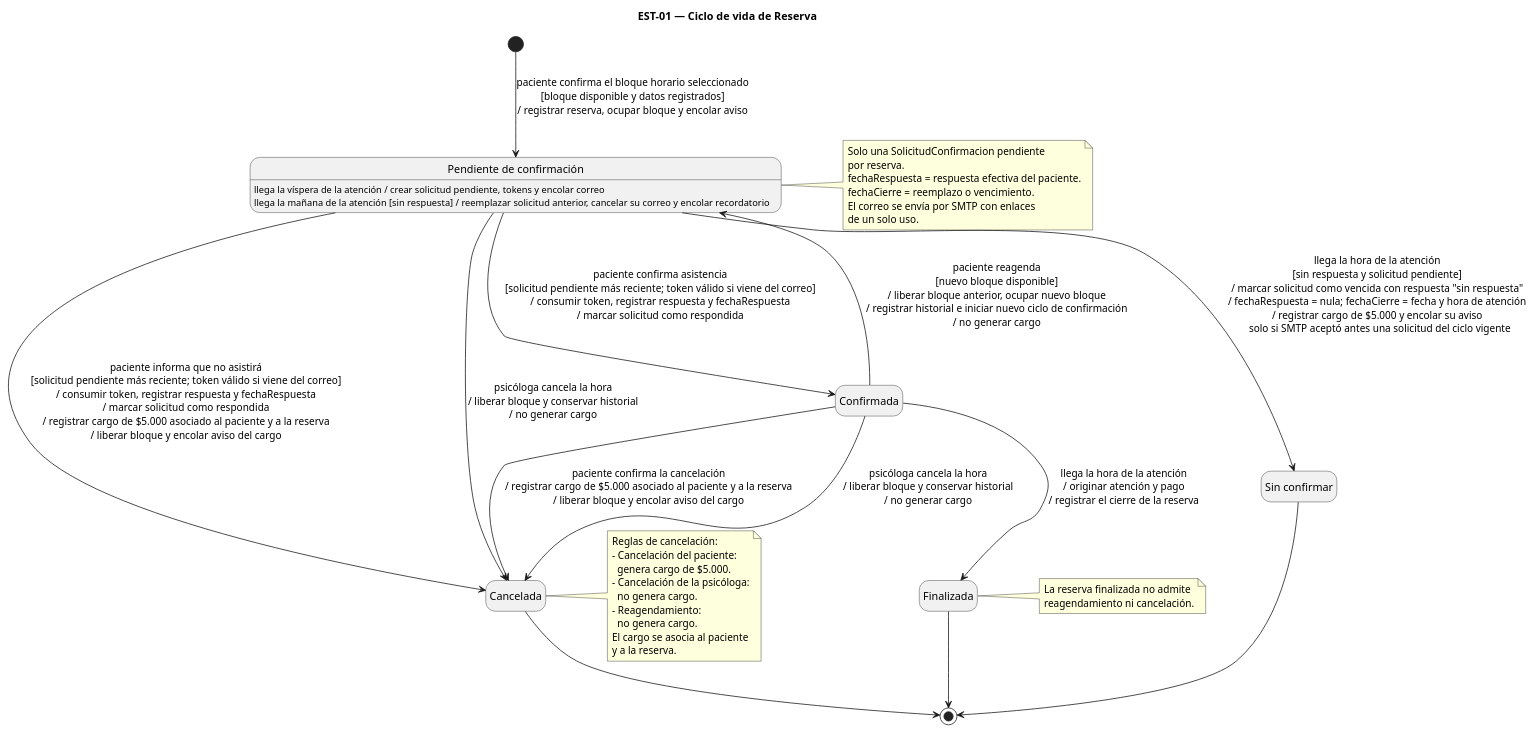
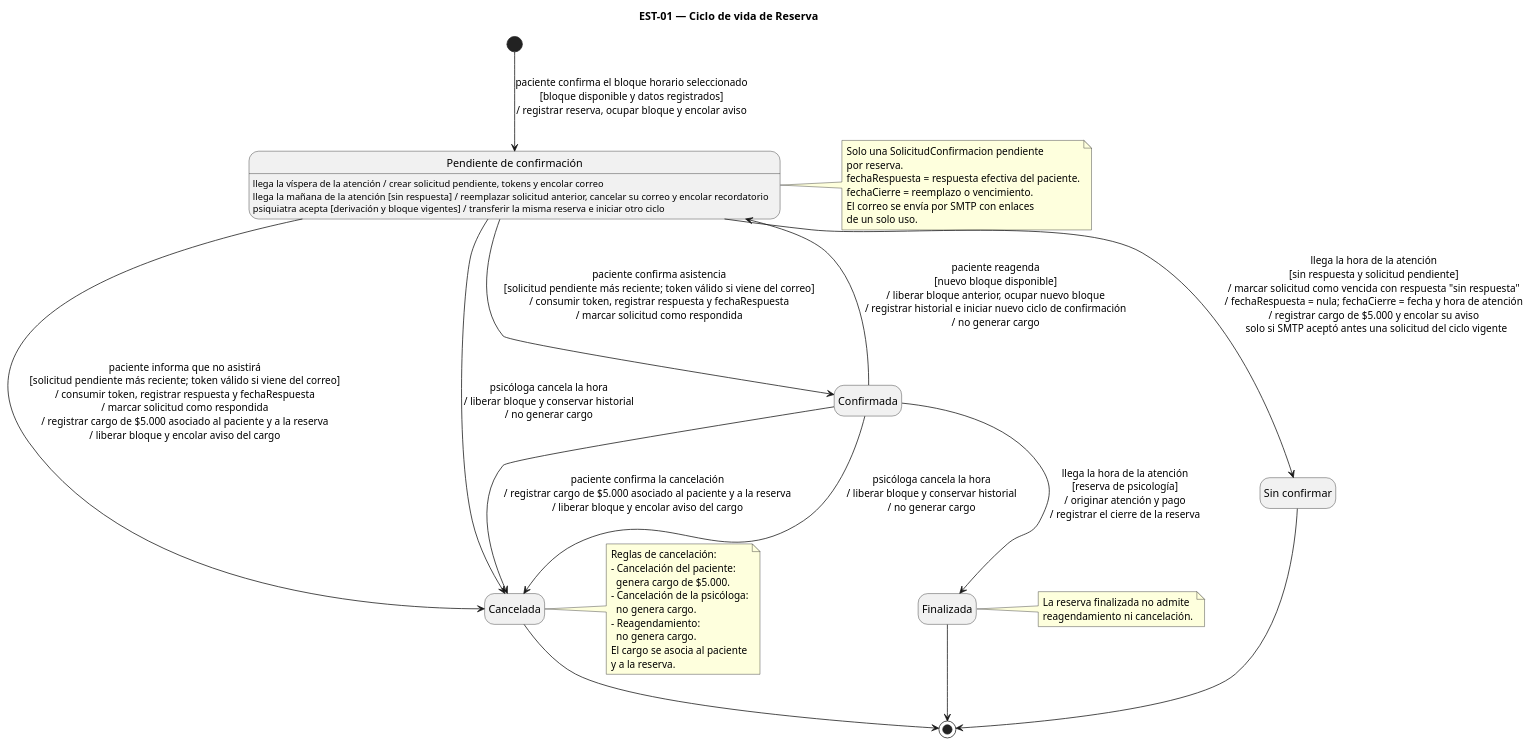
The diagram in diagramas/est-01.puml (gestion-consulta-psicologica/ingenieria-requisitos), drawn with PlantUML before and after one commit. The commit also changed 46 other files, not shown here.

```diff
--- a/diagramas/est-01.puml
+++ b/diagramas/est-01.puml
@@ -2,67 +2,68 @@
 @startuml est-01
 ' EST-01 — Ciclo de vida de Reserva
 skinparam shadowing false
 skinparam nodesep 80
 skinparam ranksep 60
 hide empty description
 
 title EST-01 — Ciclo de vida de Reserva
 
 state "Pendiente de confirmación" as PEN
 state "Confirmada" as CON
 state "Sin confirmar" as SIN
 state "Cancelada" as CAN
 state "Finalizada" as FIN
 
 PEN : llega la víspera de la atención / crear solicitud pendiente, tokens y encolar correo
 PEN : llega la mañana de la atención [sin respuesta] / reemplazar solicitud anterior, cancelar su correo y encolar recordatorio
+PEN : psiquiatra acepta [derivación y bloque vigentes] / transferir la misma reserva e iniciar otro ciclo
 
 note right of PEN
   Solo una SolicitudConfirmacion pendiente
   por reserva.
   fechaRespuesta = respuesta efectiva del paciente.
   fechaCierre = reemplazo o vencimiento.
   El correo se envía por SMTP con enlaces
   de un solo uso.
 end note
 
 [*] --> PEN : paciente confirma el bloque horario seleccionado\n[bloque disponible y datos registrados]\n/ registrar reserva, ocupar bloque y encolar aviso
 
 PEN --> CON : paciente confirma asistencia\n[solicitud pendiente más reciente; token válido si viene del correo]\n/ consumir token, registrar respuesta y fechaRespuesta\n/ marcar solicitud como respondida
 
 PEN --> CAN : paciente informa que no asistirá\n[solicitud pendiente más reciente; token válido si viene del correo]\n/ consumir token, registrar respuesta y fechaRespuesta\n/ marcar solicitud como respondida\n/ registrar cargo de $5.000 asociado al paciente y a la reserva\n/ liberar bloque y encolar aviso del cargo
 
 PEN --> SIN : llega la hora de la atención\n[sin respuesta y solicitud pendiente]\n/ marcar solicitud como vencida con respuesta "sin respuesta"\n/ fechaRespuesta = nula; fechaCierre = fecha y hora de atención\n/ registrar cargo de $5.000 y encolar su aviso\n  solo si SMTP aceptó antes una solicitud del ciclo vigente
 
 CON --> CAN : paciente confirma la cancelación\n/ registrar cargo de $5.000 asociado al paciente y a la reserva\n/ liberar bloque y encolar aviso del cargo
 
 PEN --> CAN : psicóloga cancela la hora\n/ liberar bloque y conservar historial\n/ no generar cargo
 
 CON --> CAN : psicóloga cancela la hora\n/ liberar bloque y conservar historial\n/ no generar cargo
 
 CON -up-> PEN : paciente reagenda\n[nuevo bloque disponible]\n/ liberar bloque anterior, ocupar nuevo bloque\n/ registrar historial e iniciar nuevo ciclo de confirmación\n/ no generar cargo
 
-CON --> FIN : llega la hora de la atención\n/ originar atención y pago\n/ registrar el cierre de la reserva
+CON --> FIN : llega la hora de la atención\n[reserva de psicología]\n/ originar atención y pago\n/ registrar el cierre de la reserva
 
 note right of CAN
   Reglas de cancelación:
   - Cancelación del paciente:
     genera cargo de $5.000.
   - Cancelación de la psicóloga:
     no genera cargo.
   - Reagendamiento:
     no genera cargo.
   El cargo se asocia al paciente
   y a la reserva.
 end note
 
 note right of FIN
   La reserva finalizada no admite
   reagendamiento ni cancelación.
 end note
 
 FIN --> [*]
 CAN --> [*]
 SIN --> [*]
 
 @enduml
```
